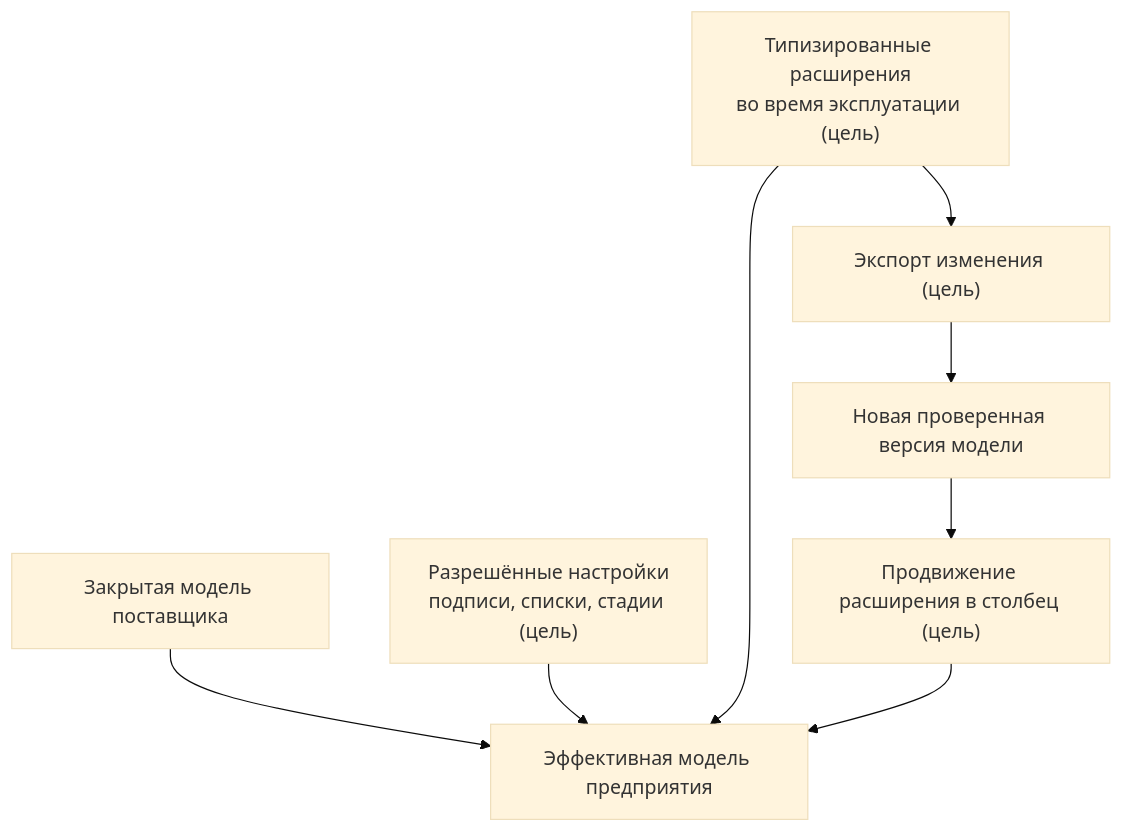
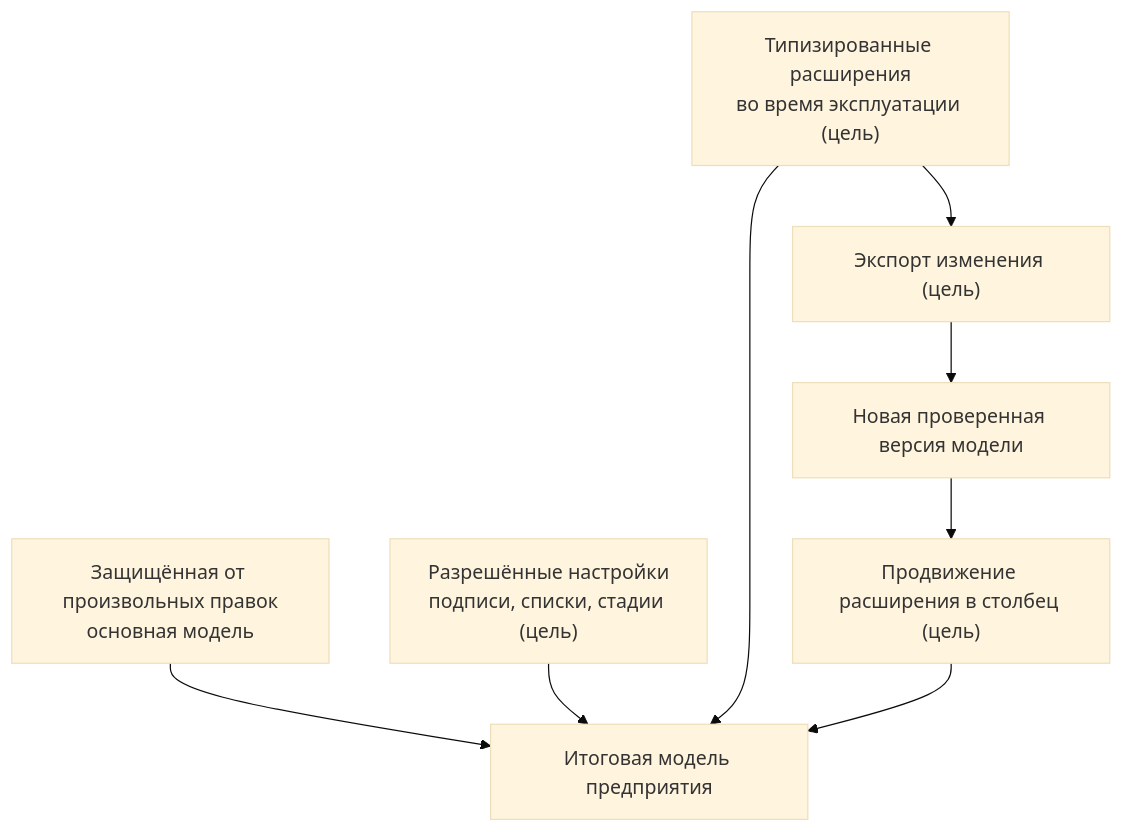
One commit to Alvatune/Interlink-product-book-RU changed the diagram in book/Data-extensibility.md. Above: the diagram before and after it, drawn with Mermaid (base theme). The commit also changed 80 other files, not shown here.

````diff
--- a/book/Data-extensibility.md
+++ b/book/Data-extensibility.md
@@ -11,10 +11,10 @@
 ```mermaid
 flowchart TD
-    A["Закрытая модель поставщика"] --> D["Эффективная модель предприятия"]
+    A["Защищённая от произвольных правок<br/>основная модель"] --> D["Итоговая модель предприятия"]
     B["Разрешённые настройки<br/>подписи, списки, стадии (цель)"] --> D
     C["Типизированные расширения<br/>во время эксплуатации (цель)"] --> D
     C --> E["Экспорт изменения (цель)"]
     E --> F["Новая проверенная версия модели"]
     F --> G["Продвижение расширения в столбец (цель)"]
     G --> D
 ```
````
